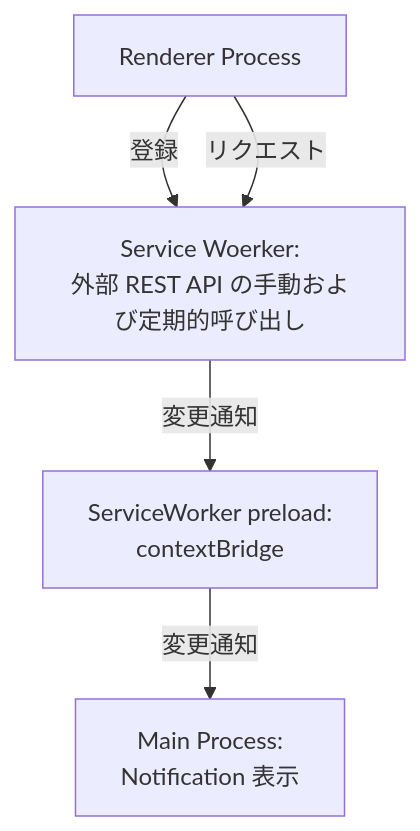
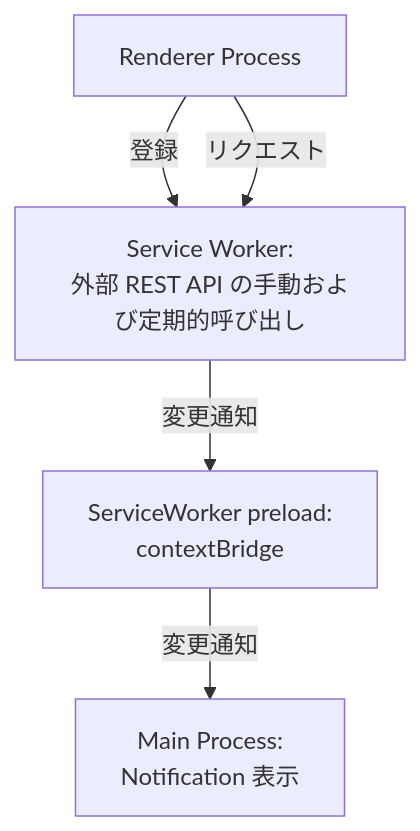
One commit to mamezou-tech/mamezou-tech-site changed the third of 3 diagrams in src/posts/blogs/2025/0331_electron-v35-service-worker-preload-scripts.md. Above: the diagram before and after it, drawn with Mermaid.

````diff
--- a/src/posts/blogs/2025/0331_electron-v35-service-worker-preload-scripts.md
+++ b/src/posts/blogs/2025/0331_electron-v35-service-worker-preload-scripts.md
@@ -83,5 +83,5 @@
 ```mermaid
 flowchart TD
-  R[Renderer Process]--登録-->S[Service Woerker:<br>外部 REST API の手動および定期的呼び出し] --変更通知--> SP[ServiceWorker preload:<br>contextBridge] --変更通知--> C[Main Process:<br>Notification 表示]
+  R[Renderer Process]--登録-->S[Service Worker:<br>外部 REST API の手動および定期的呼び出し] --変更通知--> SP[ServiceWorker preload:<br>contextBridge] --変更通知--> C[Main Process:<br>Notification 表示]
   R--リクエスト-->S
 ```
````
